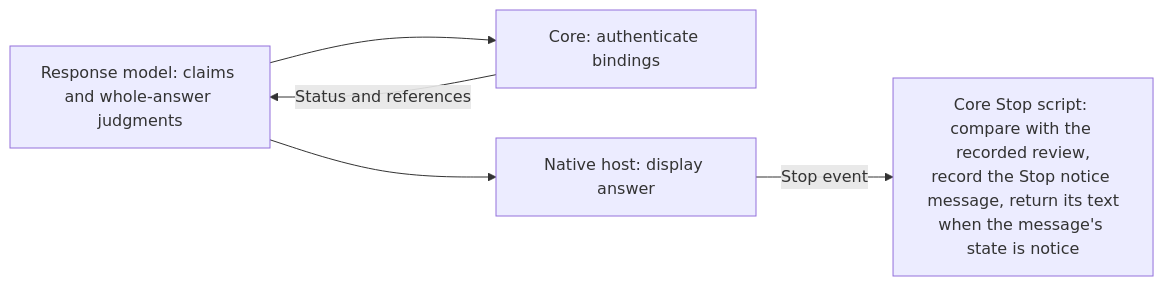
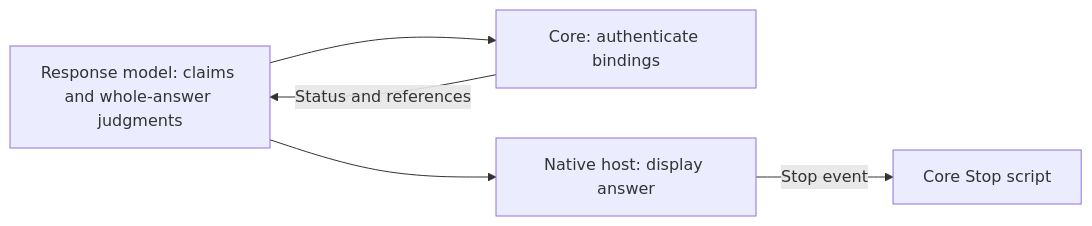
Before and after one commit to AidALL/ghost-alice: the diagram in docs/policies/tool-output-semantics.md, drawn with Mermaid. The commit also changed other lines of this file and 48 other files, not shown here.

````diff
--- a/docs/policies/tool-output-semantics.md
+++ b/docs/policies/tool-output-semantics.md
@@ -19,7 +19,7 @@
 ```mermaid
 flowchart LR
   M["Response model: claims and whole-answer judgments"] --> C["Core: authenticate bindings"]
   C -->|Status and references| M
   M --> H["Native host: display answer"]
-  H -->|Stop event| S["Core Stop script: compare with the recorded review,<br/>record the Stop notice message, return its text<br/>when the message's state is notice"]
+  H -->|Stop event| S["Core Stop script"]
 ```
````
